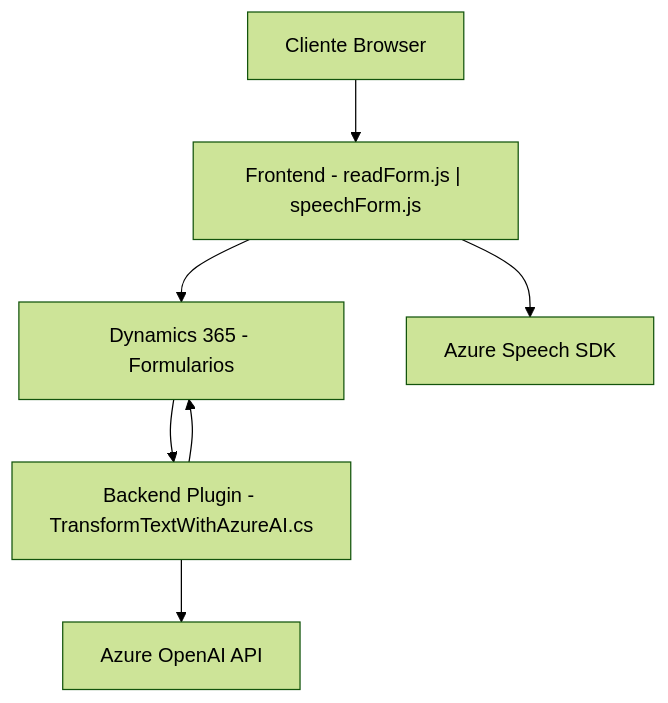
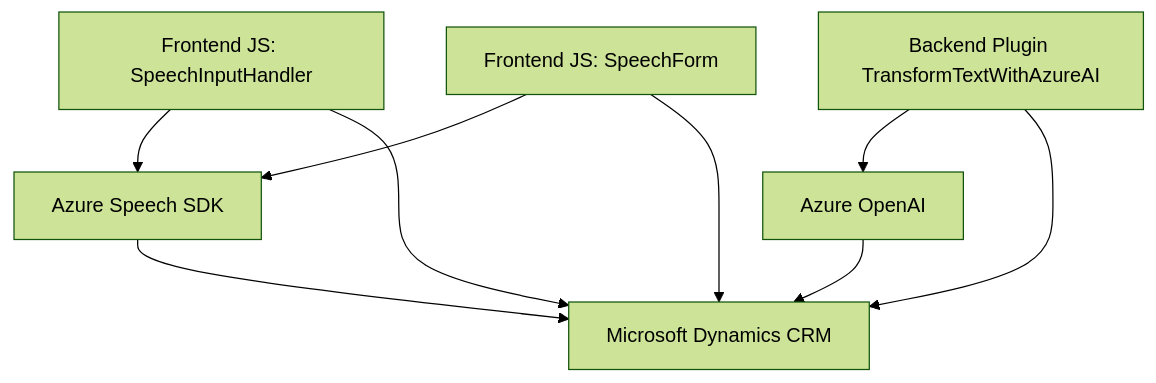
The diagram in README.md (blopezdm/NETCORE_BILBAO2025), drawn with Mermaid (forest theme) before and after one commit. The commit also changed other lines of this file, not shown here.

````diff
--- a/README.md
+++ b/README.md
@@ -48,16 +53,18 @@
 ```mermaid
 graph TD
-    A["Frontend - readForm.js | speechForm.js"]
-    B["Backend Plugin - TransformTextWithAzureAI.cs"]
-    C["Dynamics 365 - Formularios"]
-    D["Azure Speech SDK"]
-    E["Azure OpenAI API"]
-    F["Cliente Browser"]
+  A[Frontend JS: SpeechInputHandler]
+  B[Frontend JS: SpeechForm]
+  C[Backend Plugin TransformTextWithAzureAI]
+  D[Azure Speech SDK]
+  E[Azure OpenAI]
+  F[Microsoft Dynamics CRM]
 
-    F --> A
-    A --> C
-    B --> C
-    A --> D
-    B --> E
-    C --> B
+  A --> D
+  B --> D
+  A --> F
+  B --> F
+  C --> E
+  C --> F
+  D --> F
+  E --> F
 ```
````
